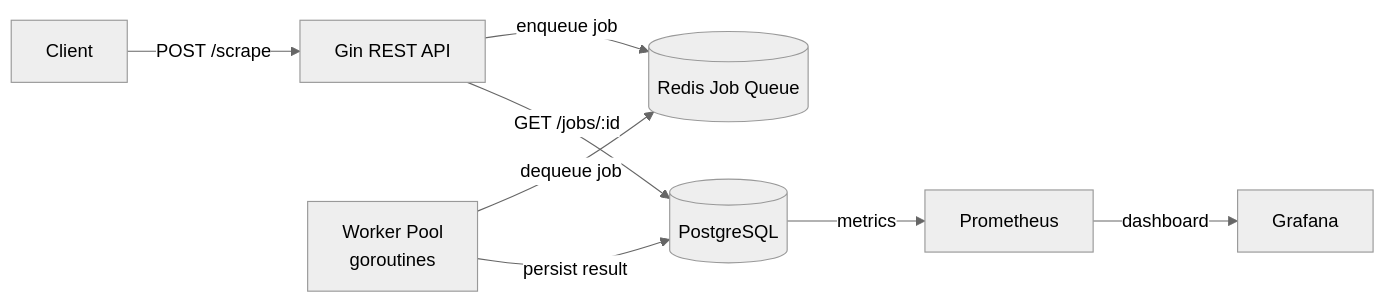
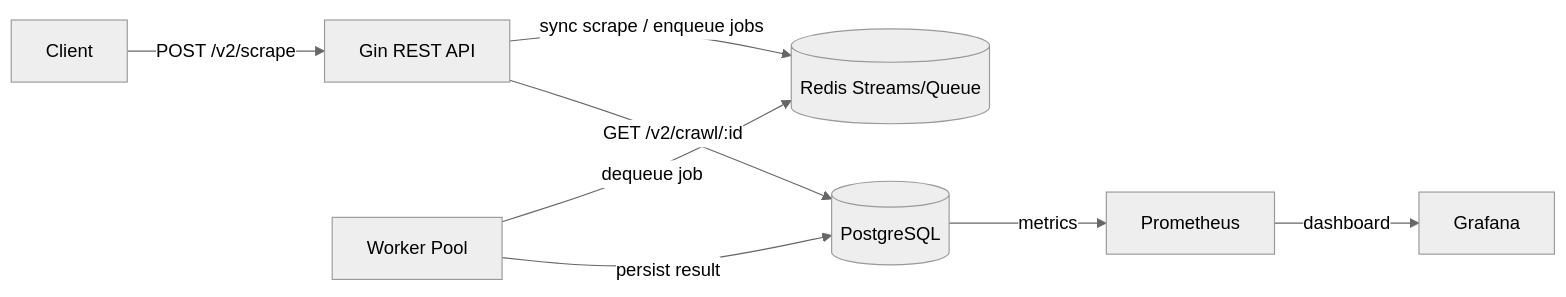
One commit to Masralai/web-gobbler changed the diagram in README.md. Above: the diagram before and after it, drawn with Mermaid (neutral theme). The commit also changed other lines of this file and 3 other files, not shown here.

````diff
--- a/README.md
+++ b/README.md
@@ -24,10 +21,10 @@
 ```mermaid
 flowchart LR
-    Client -->|POST /scrape| API[Gin REST API]
-    API -->|enqueue job| Redis[(Redis Job Queue)]
-    Worker[Worker Pool<br/>goroutines] -->|dequeue job| Redis
+    Client -->|POST /v2/scrape| API[Gin REST API]
+    API -->|sync scrape / enqueue jobs| Redis[(Redis Streams/Queue)]
+    Worker[Worker Pool] -->|dequeue job| Redis
     Worker -->|persist result| PG[(PostgreSQL)]
-    API -->|GET /jobs/:id| PG
+    API -->|GET /v2/crawl/:id| PG
     PG -->|metrics| Prom[Prometheus]
     Prom -->|dashboard| Graf[Grafana]
 ```
````
